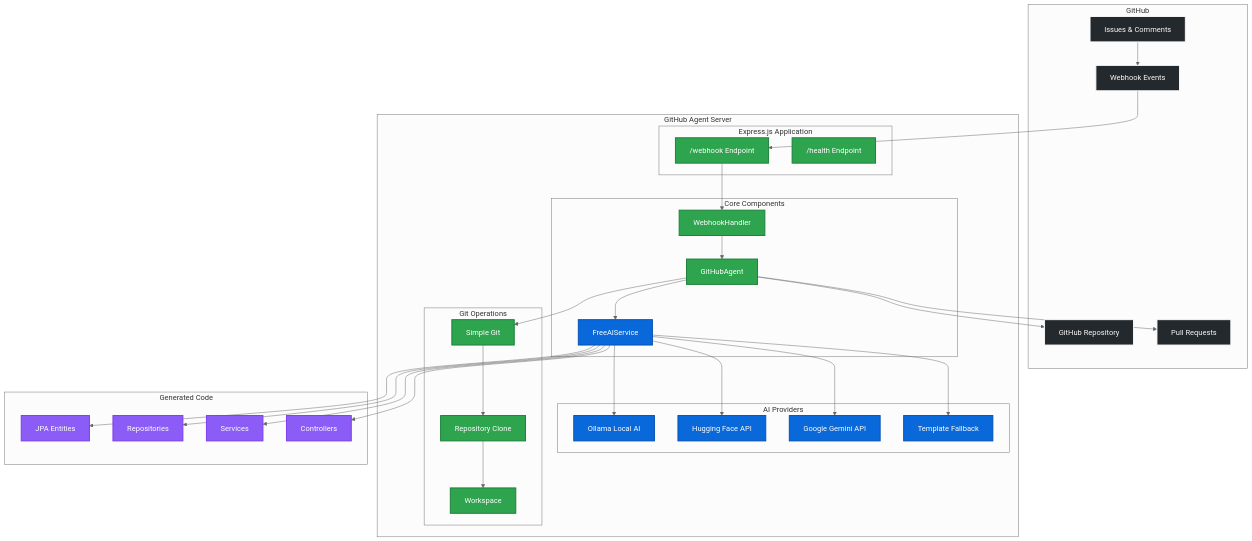
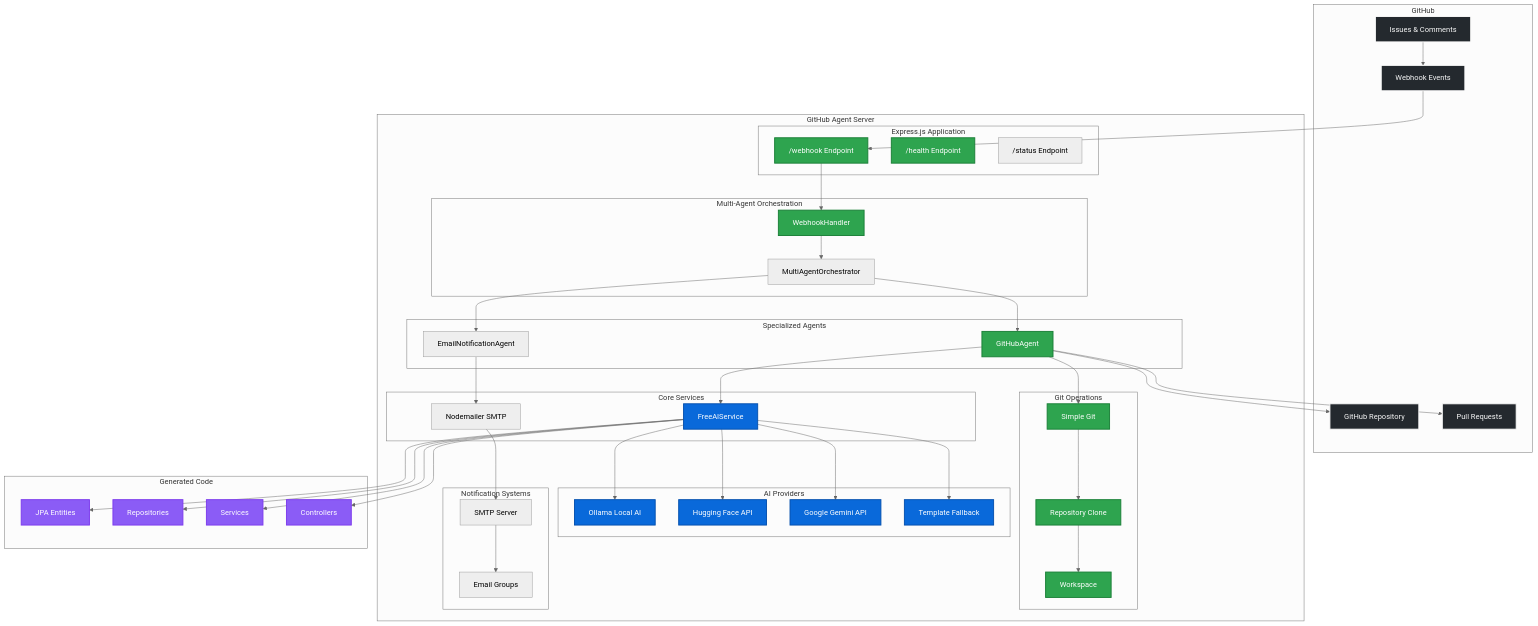
Before and after one commit to udayakumarreddyv/githubagent: the first of 5 diagrams in README.md, drawn with Mermaid (neutral theme). The commit also changed other lines of this file and 7 other files, not shown here.

Commit message:
feat: Add Multi-Agent Orchestration with Email Notifications

```diff
--- a/README.md
+++ b/README.md
@@ -32,12 +35,22 @@
         subgraph "Express.js Application"
             EP["/webhook Endpoint"]
             HC["/health Endpoint"]
+            ST["/status Endpoint"]
         end
         
-        subgraph "Core Components"
+        subgraph "Multi-Agent Orchestration"
+            ORCH[MultiAgentOrchestrator]
             WHandler[WebhookHandler]
+        end
+        
+        subgraph "Specialized Agents"
             GAgent[GitHubAgent]
+            EAgent[EmailNotificationAgent]
+        end
+        
+        subgraph "Core Services"
             AIService[FreeAIService]
+            MAIL[Nodemailer SMTP]
         end
         
         subgraph "AI Providers"
@@ -52,6 +65,11 @@
             WS[Workspace]
             CLONE[Repository Clone]
         end
+        
+        subgraph "Notification Systems"
+            SMTP[SMTP Server]
+            TEAMS[Email Groups]
+        end
     end
     
     subgraph "Generated Code"
@@ -65,8 +83,15 @@
     ISS --> WH
     WH --> EP
     EP --> WHandler
-    WHandler --> GAgent
+    WHandler --> ORCH
+    ORCH --> GAgent
+    ORCH --> EAgent
+    
+    %% Agent connections
     GAgent --> AIService
+    EAgent --> MAIL
+    MAIL --> SMTP
+    SMTP --> TEAMS
     
     %% AI Service connections
     AIService --> OLL
```
